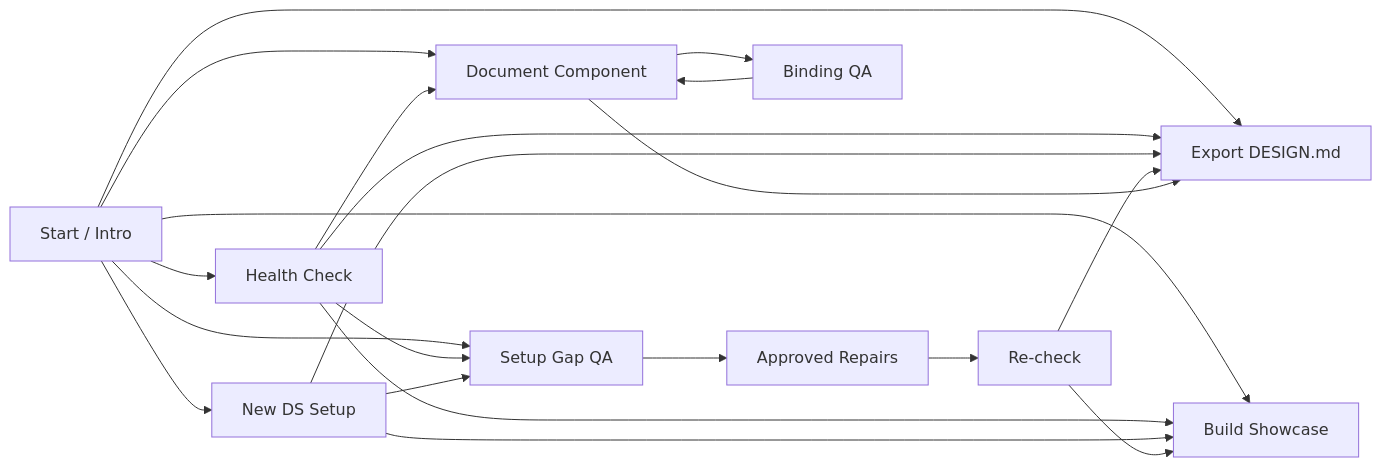
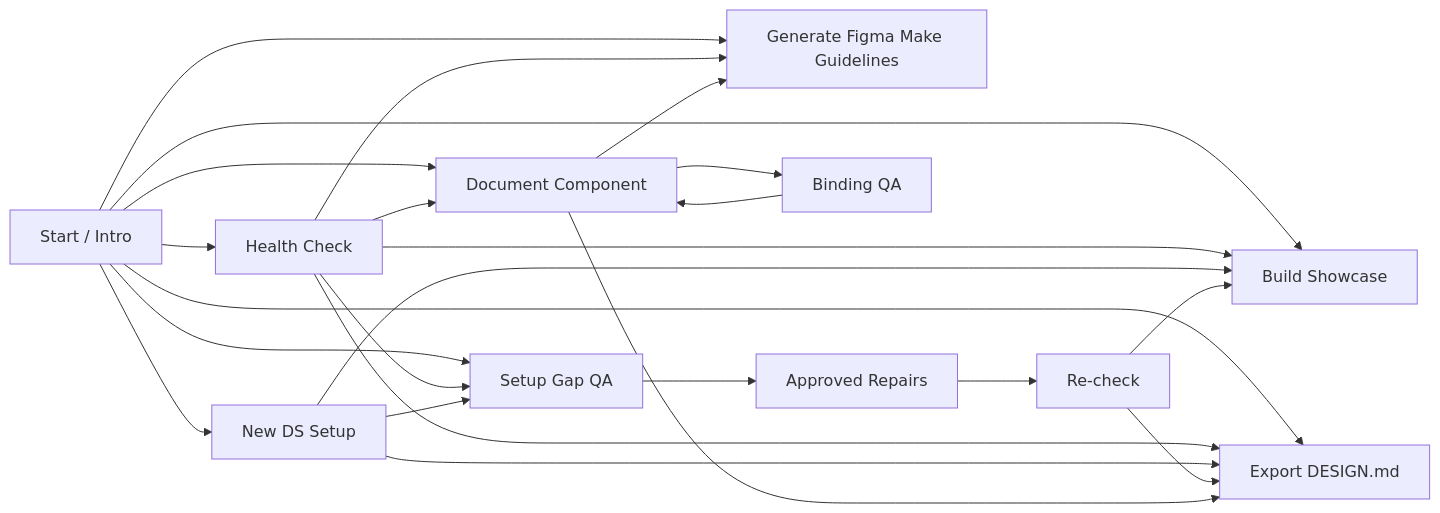
One commit to arashr/figlets-mcp changed the second of 3 diagrams in docs/agent-interface-product-plan.md. Above: the diagram before and after it, drawn with Mermaid. The commit also changed other lines of this file and 4 other files, not shown here.

Commit message:
Document Figma Make guidelines

````diff
--- a/docs/agent-interface-product-plan.md
+++ b/docs/agent-interface-product-plan.md
@@ -218,27 +218,30 @@
 ```mermaid
 flowchart LR
   Start["Start / Intro"] --> Health["Health Check"]
   Start --> Setup["New DS Setup"]
   Start --> QA["Setup Gap QA"]
   Start --> Showcase["Build Showcase"]
   Start --> Component["Document Component"]
   Start --> Export["Export DESIGN.md"]
+  Start --> Make["Generate Figma Make Guidelines"]
 
   Health --> QA
   Health --> Showcase
   Health --> Component
   Health --> Export
+  Health --> Make
 
   Setup --> Showcase
   Setup --> Export
   Setup --> QA
 
   QA --> Repair["Approved Repairs"]
   Repair --> Verify["Re-check"]
   Verify --> Showcase
   Verify --> Export
 
   Component --> BindingQA["Binding QA"]
   BindingQA --> Component
   Component --> Export
+  Component --> Make
 ```
````
